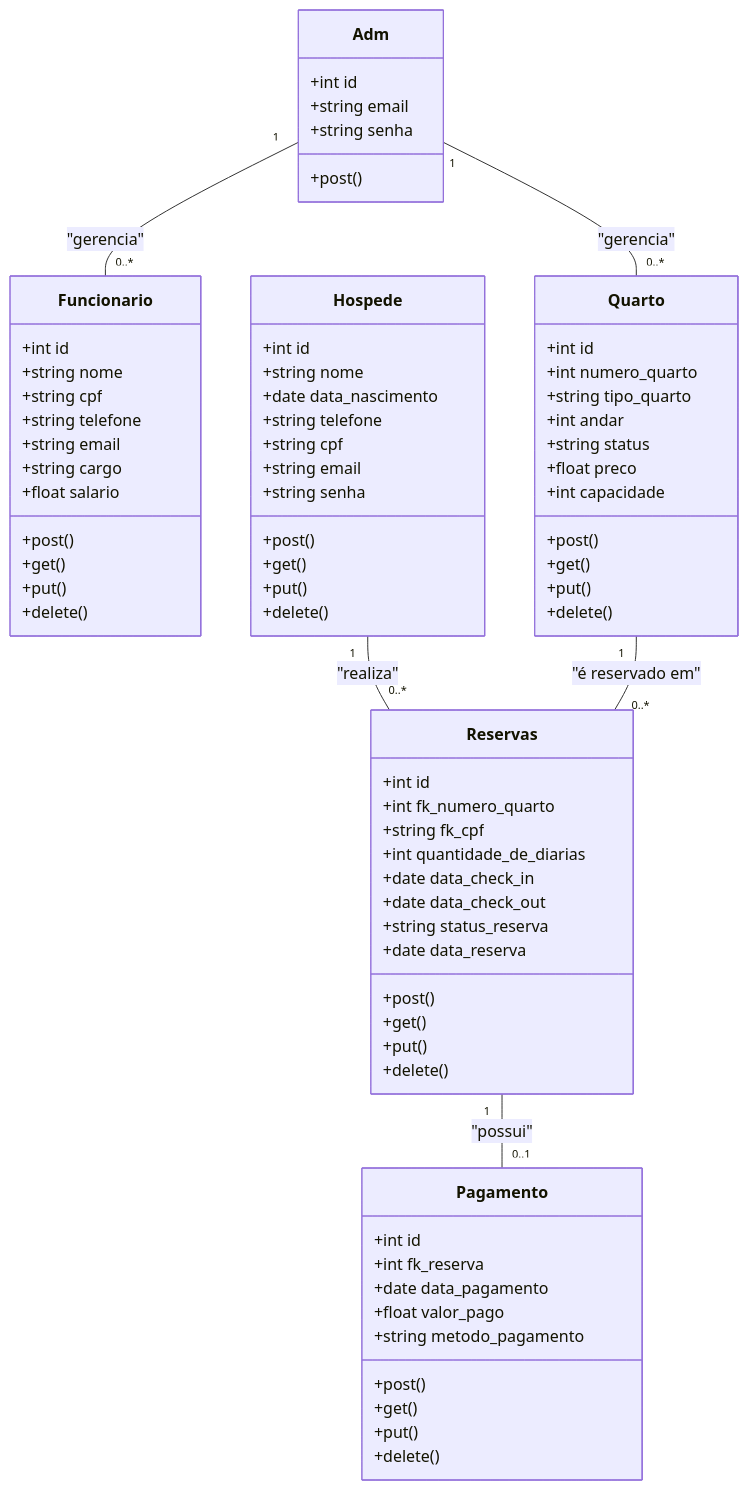
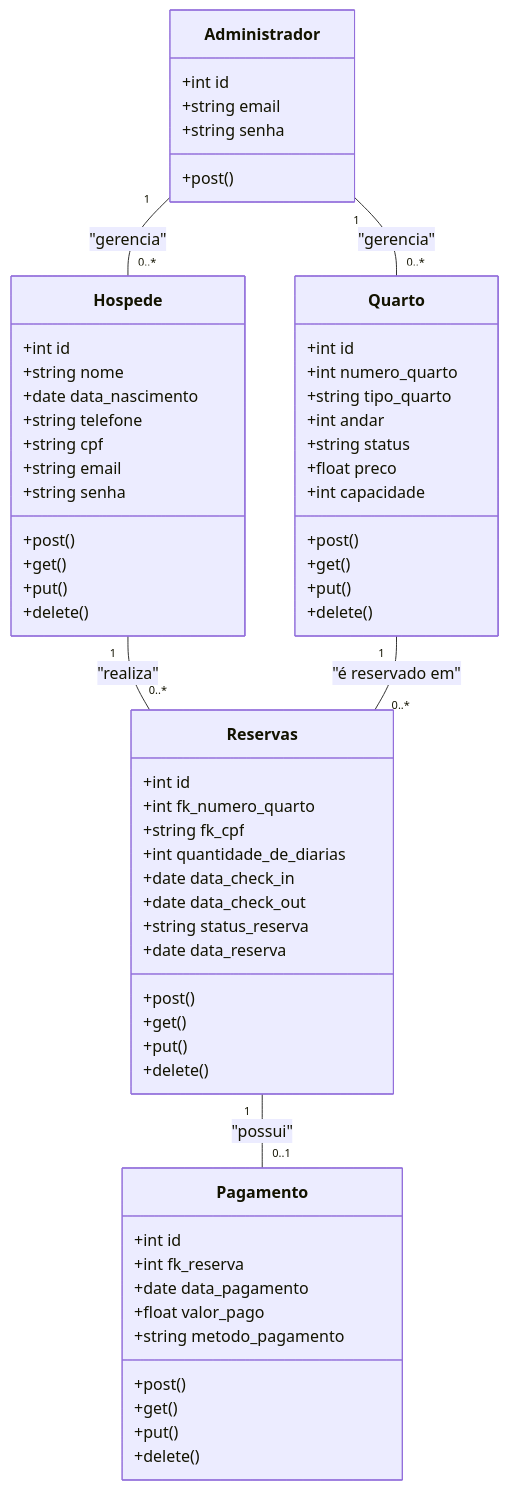
The first of 3 diagrams in README.md (epicestudar/Hostly-java-interface), drawn with Mermaid before and after one commit. The commit also changed other lines of this file, not shown here.

````diff
--- a/README.md
+++ b/README.md
@@ -62,24 +62,10 @@
 ```mermaid
 classDiagram
-    class Adm {
+    class Administrador {
         +int id
         +string email
         +string senha
         +post()
-    }
-
-    class Funcionario {
-        +int id
-        +string nome
-        +string cpf
-        +string telefone
-        +string email
-        +string cargo
-        +float salario
-        +post()
-        +get()
-        +put()
-        +delete()
     }
 
     class Hospede {
@@ -137,8 +123,8 @@
         +delete()
     }
 
-    Adm "1" -- "0..*" Funcionario : "gerencia"
-    Adm "1" -- "0..*" Quarto : "gerencia"
+    Administrador "1" -- "0..*" Hospede : "gerencia"
+    Administrador "1" -- "0..*" Quarto : "gerencia"
     Hospede "1" -- "0..*" Reservas : "realiza"
     Quarto "1" -- "0..*" Reservas : "é reservado em"
     Reservas "1" -- "0..1" Pagamento : "possui"
````
